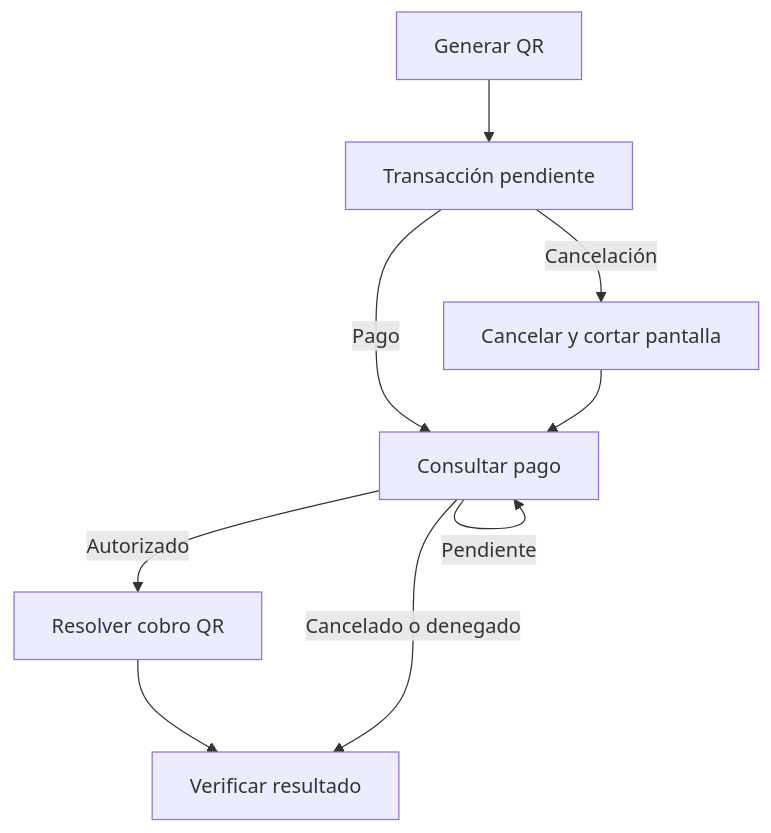
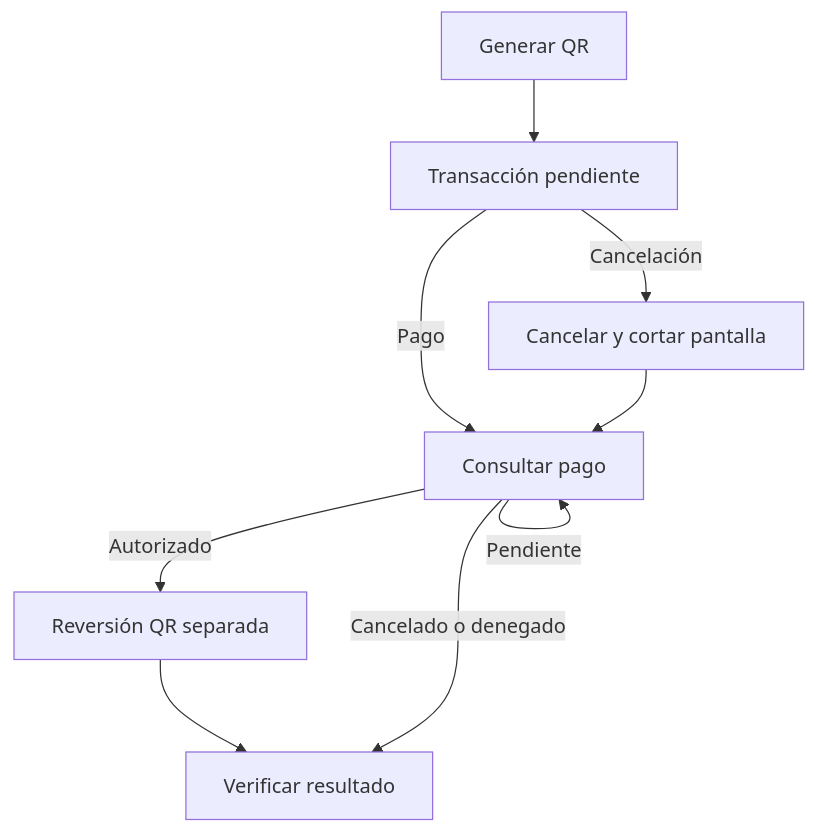
Before and after one commit to alignet-docs/alignet-developers: the second of 2 diagrams in procesamiento-fisico/alignet-transit/cancelacion.mdx, drawn with Mermaid. The commit also changed other lines of this file and 11 other files, not shown here.

````diff
--- a/procesamiento-fisico/alignet-transit/cancelacion.mdx
+++ b/procesamiento-fisico/alignet-transit/cancelacion.mdx
@@ -36,11 +36,11 @@
 ```mermaid
 flowchart TD
     A[Generar QR] --> B[Transacción pendiente]
     B -->|Pago| D[Consultar pago]
     B -->|Cancelación| C[Cancelar y cortar pantalla]
     C --> D
-    D -->|Autorizado| E[Resolver cobro QR]
+    D -->|Autorizado| E[Reversión QR separada]
     E --> F[Verificar resultado]
     D -->|Cancelado o denegado| F
     D -->|Pendiente| D
 ```
````
